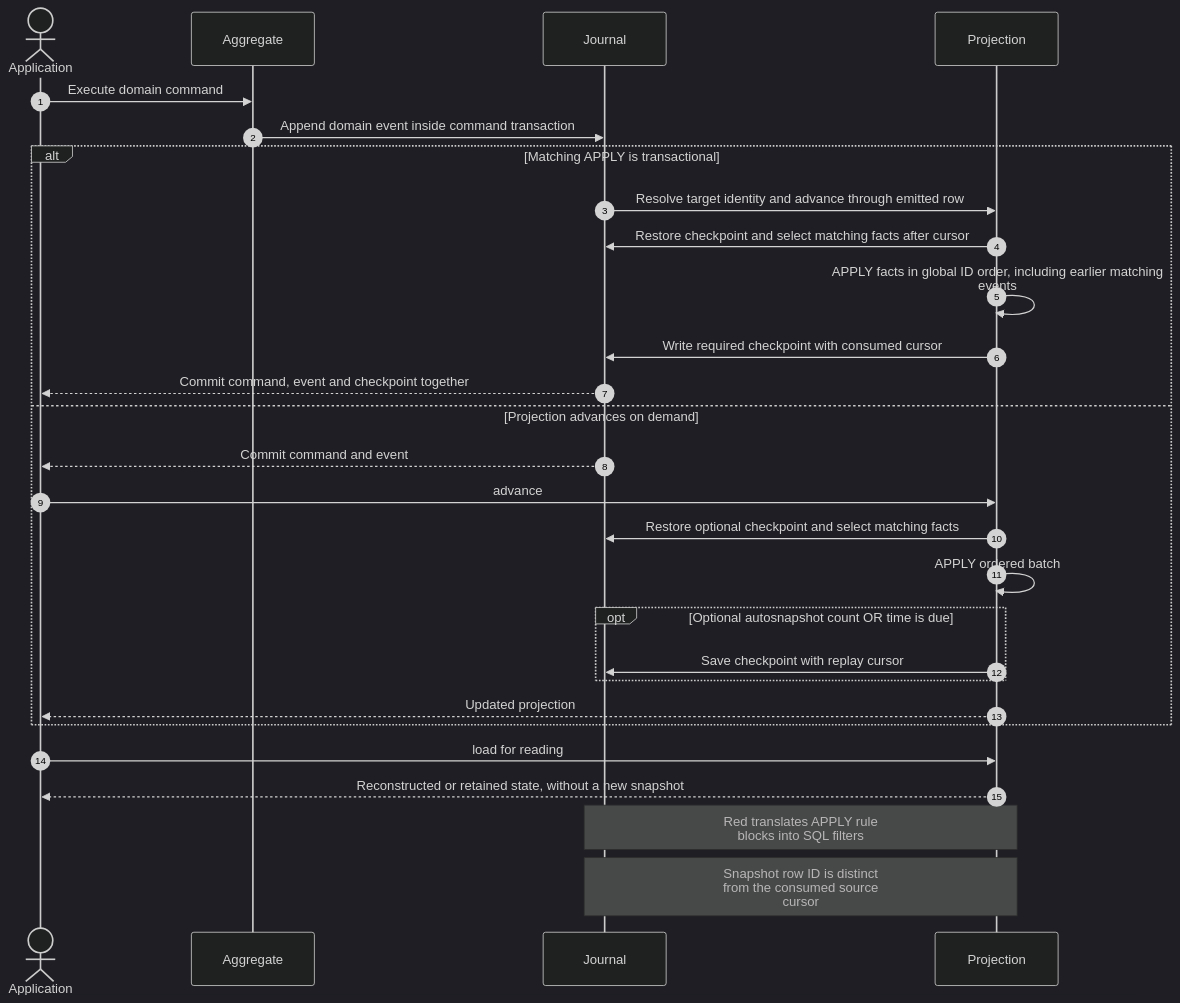
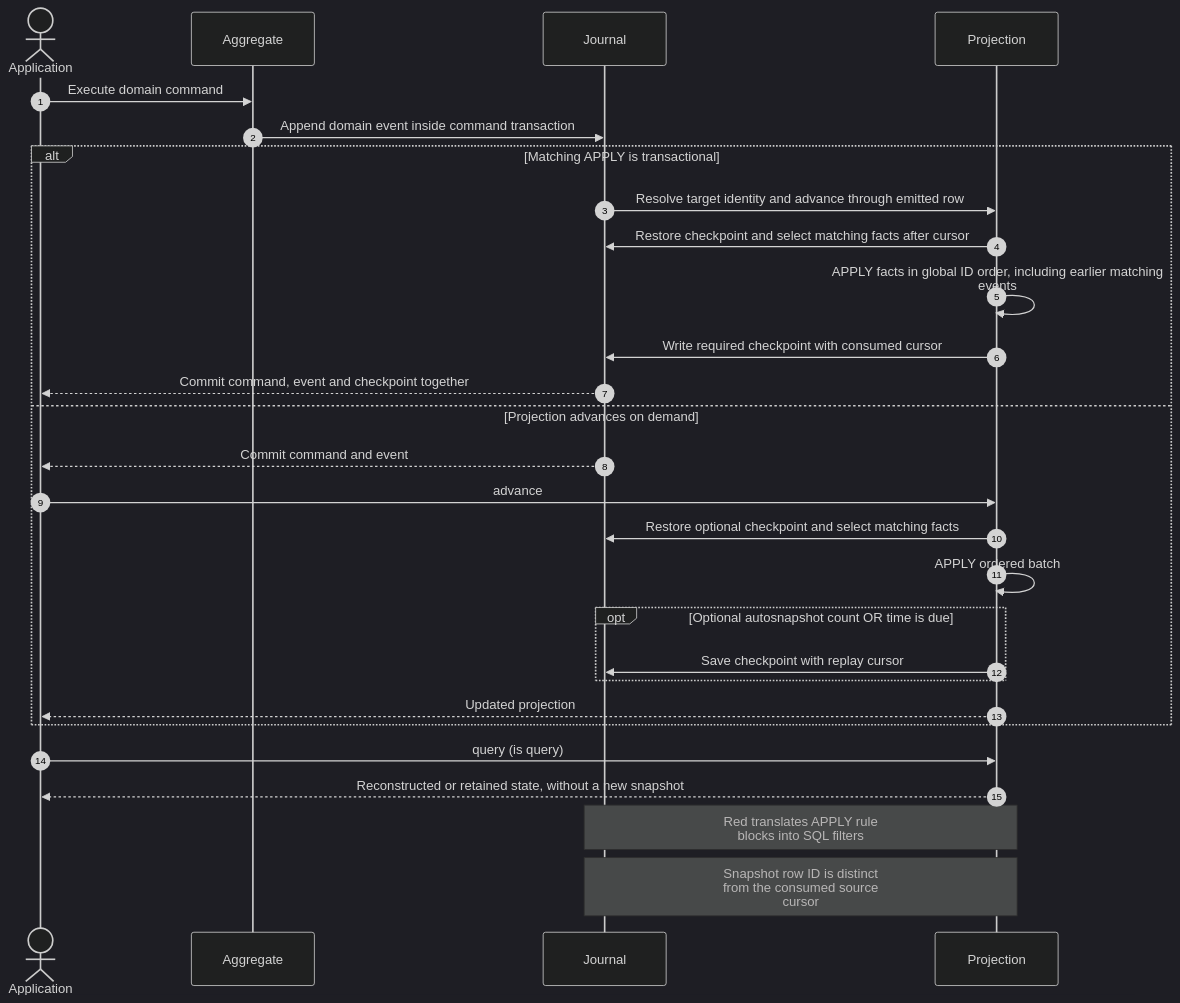
One commit to FCO/RedSourcing changed the diagram in docs/projections.md. Above: the diagram before and after it, drawn with Mermaid (dark theme). The commit also changed other lines of this file and 58 other files, not shown here.

````diff
--- a/docs/projections.md
+++ b/docs/projections.md
@@ -5,30 +5,30 @@
 ```mermaid
 sequenceDiagram
     autonumber
     actor Application
     participant A as Aggregate
     participant J as Journal
     participant P as Projection
     Application->>A: Execute domain command
     A->>J: Append domain event inside command transaction
     alt Matching APPLY is transactional
         J->>P: Resolve target identity and advance through emitted row
         P->>J: Restore checkpoint and select matching facts after cursor
         P->>P: APPLY facts in global ID order, including earlier matching<br/>events
         P->>J: Write required checkpoint with consumed cursor
         J-->>Application: Commit command, event and checkpoint together
     else Projection advances on demand
         J-->>Application: Commit command and event
         Application->>P: advance
         P->>J: Restore optional checkpoint and select matching facts
         P->>P: APPLY ordered batch
         opt Optional autosnapshot count OR time is due
             P->>J: Save checkpoint with replay cursor
         end
         P-->>Application: Updated projection
     end
-    Application->>P: load for reading
+    Application->>P: query (is query)
     P-->>Application: Reconstructed or retained state, without a new snapshot
     Note over P,J: Red translates APPLY rule<br/>blocks into SQL filters
     Note over P,J: Snapshot row ID is distinct<br/>from the consumed source<br/>cursor
 ```
````
